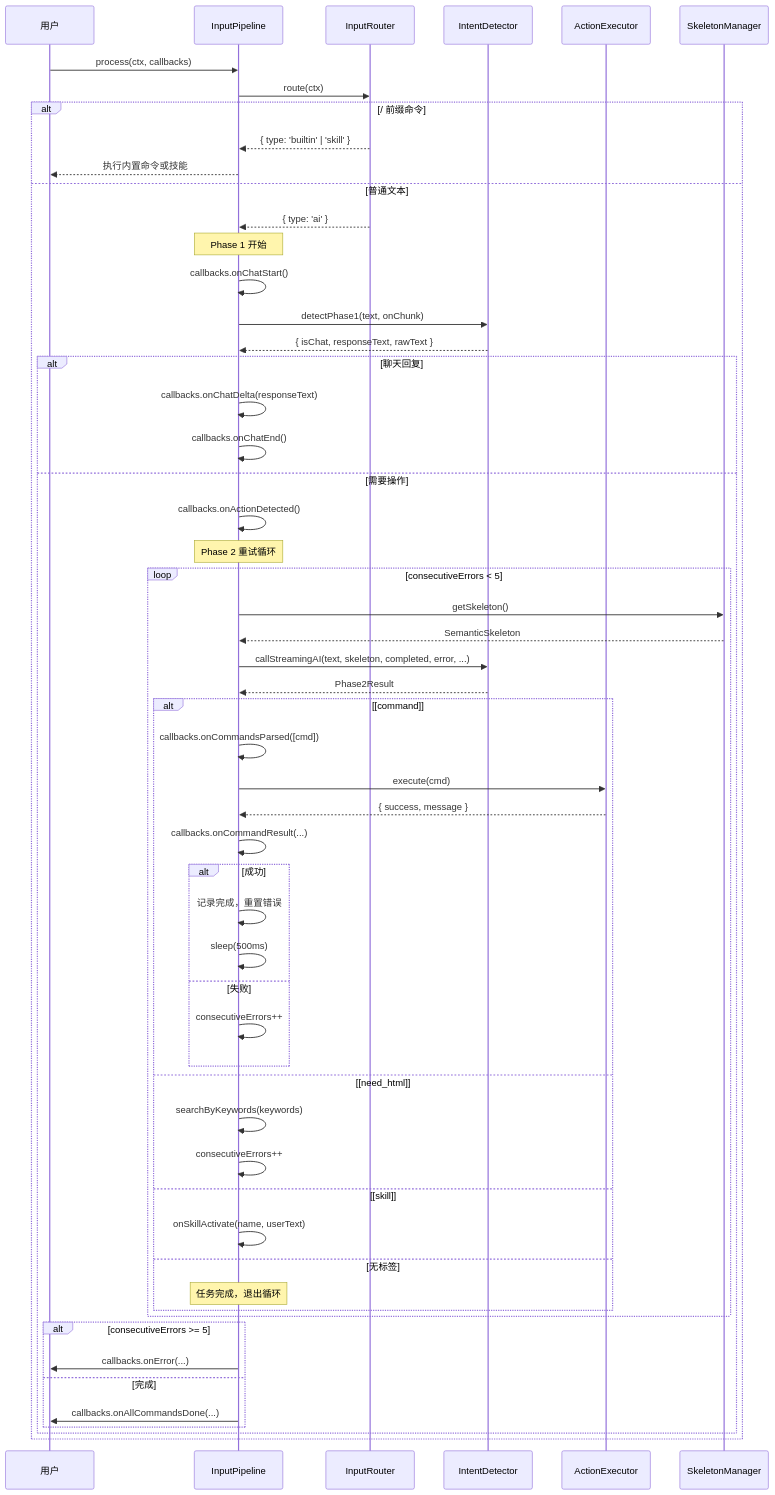
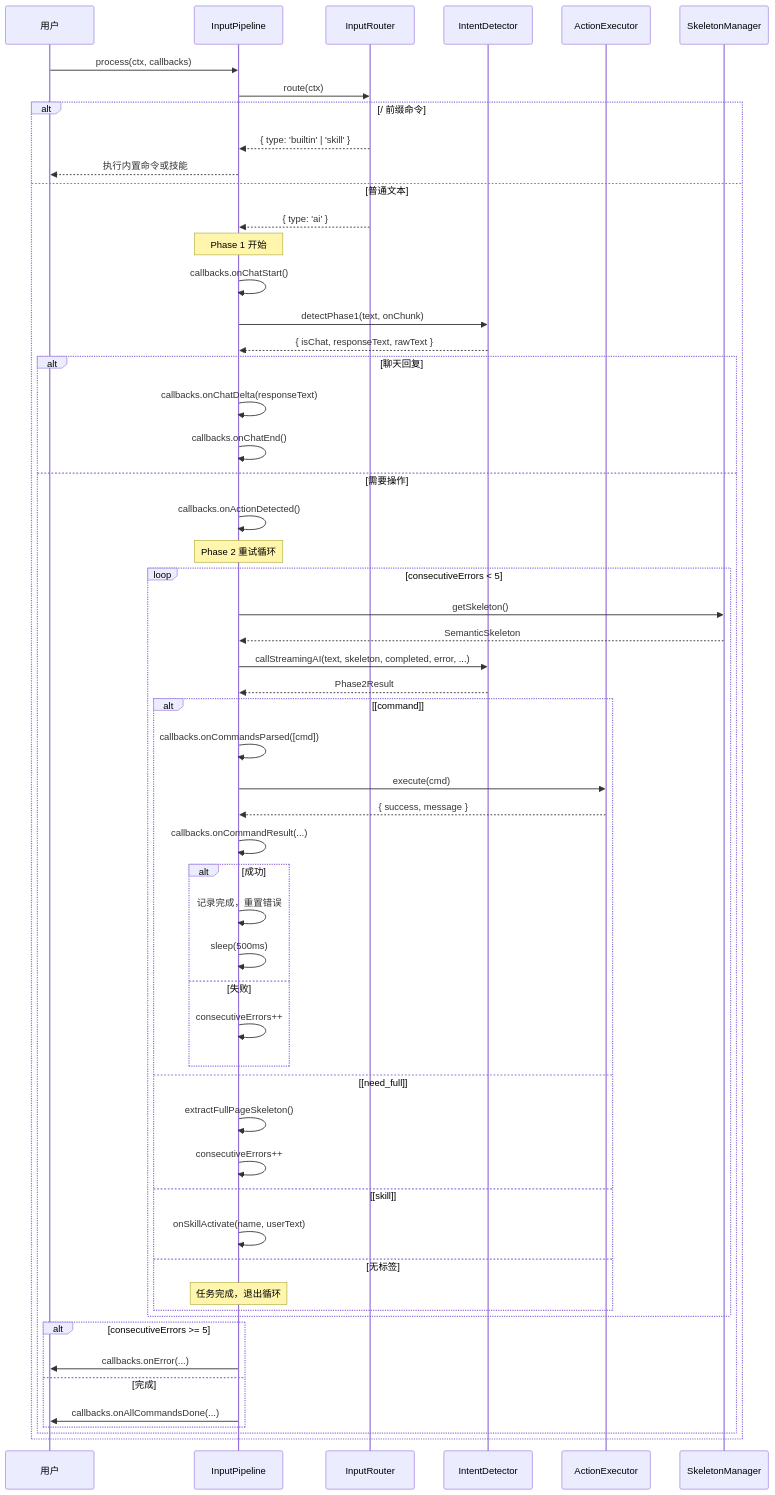
Before and after one commit to zw123zw/ai-browser: the second of 2 diagrams in docs/architecture/input-pipeline.md, drawn with Mermaid. The commit also changed other lines of this file and 11 other files, not shown here.

First line of the commit message:
feat: [need_html] → [need_full] 全页骨架提取

````diff
--- a/docs/architecture/input-pipeline.md
+++ b/docs/architecture/input-pipeline.md
@@ -355,65 +355,65 @@
 ```mermaid
 sequenceDiagram
     participant U as 用户
     participant P as InputPipeline
     participant R as InputRouter
     participant D as IntentDetector
     participant E as ActionExecutor
     participant S as SkeletonManager
 
     U->>P: process(ctx, callbacks)
     P->>R: route(ctx)
 
     alt / 前缀命令
         R-->>P: { type: 'builtin' | 'skill' }
         P-->>U: 执行内置命令或技能
     else 普通文本
         R-->>P: { type: 'ai' }
 
         Note over P: Phase 1 开始
         P->>P: callbacks.onChatStart()
         P->>D: detectPhase1(text, onChunk)
         D-->>P: { isChat, responseText, rawText }
 
         alt 聊天回复
             P->>P: callbacks.onChatDelta(responseText)
             P->>P: callbacks.onChatEnd()
         else 需要操作
             P->>P: callbacks.onActionDetected()
 
             Note over P: Phase 2 重试循环
             loop consecutiveErrors < 5
                 P->>S: getSkeleton()
                 S-->>P: SemanticSkeleton
                 P->>D: callStreamingAI(text, skeleton, completed, error, ...)
                 D-->>P: Phase2Result
 
                 alt [command]
                     P->>P: callbacks.onCommandsParsed([cmd])
                     P->>E: execute(cmd)
                     E-->>P: { success, message }
                     P->>P: callbacks.onCommandResult(...)
                     alt 成功
                         P->>P: 记录完成，重置错误
                         P->>P: sleep(500ms)
                     else 失败
                         P->>P: consecutiveErrors++
                     end
-                else [need_html]
-                    P->>P: searchByKeywords(keywords)
+                else [need_full]
+                    P->>P: extractFullPageSkeleton()
                     P->>P: consecutiveErrors++
                 else [skill]
                     P->>P: onSkillActivate(name, userText)
                 else 无标签
                     Note over P: 任务完成，退出循环
                 end
             end
 
             alt consecutiveErrors >= 5
                 P->>U: callbacks.onError(...)
             else 完成
                 P->>U: callbacks.onAllCommandsDone(...)
             end
         end
     end
 ```
````
